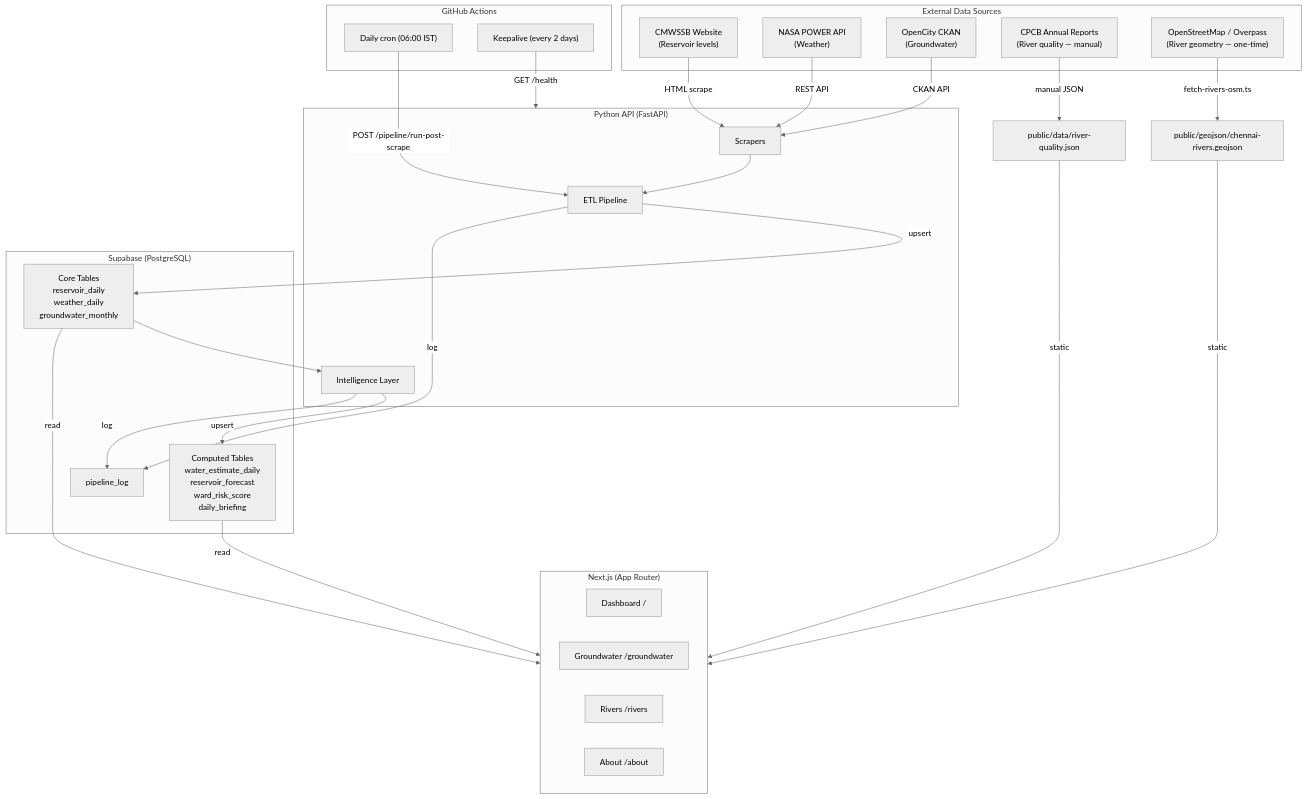
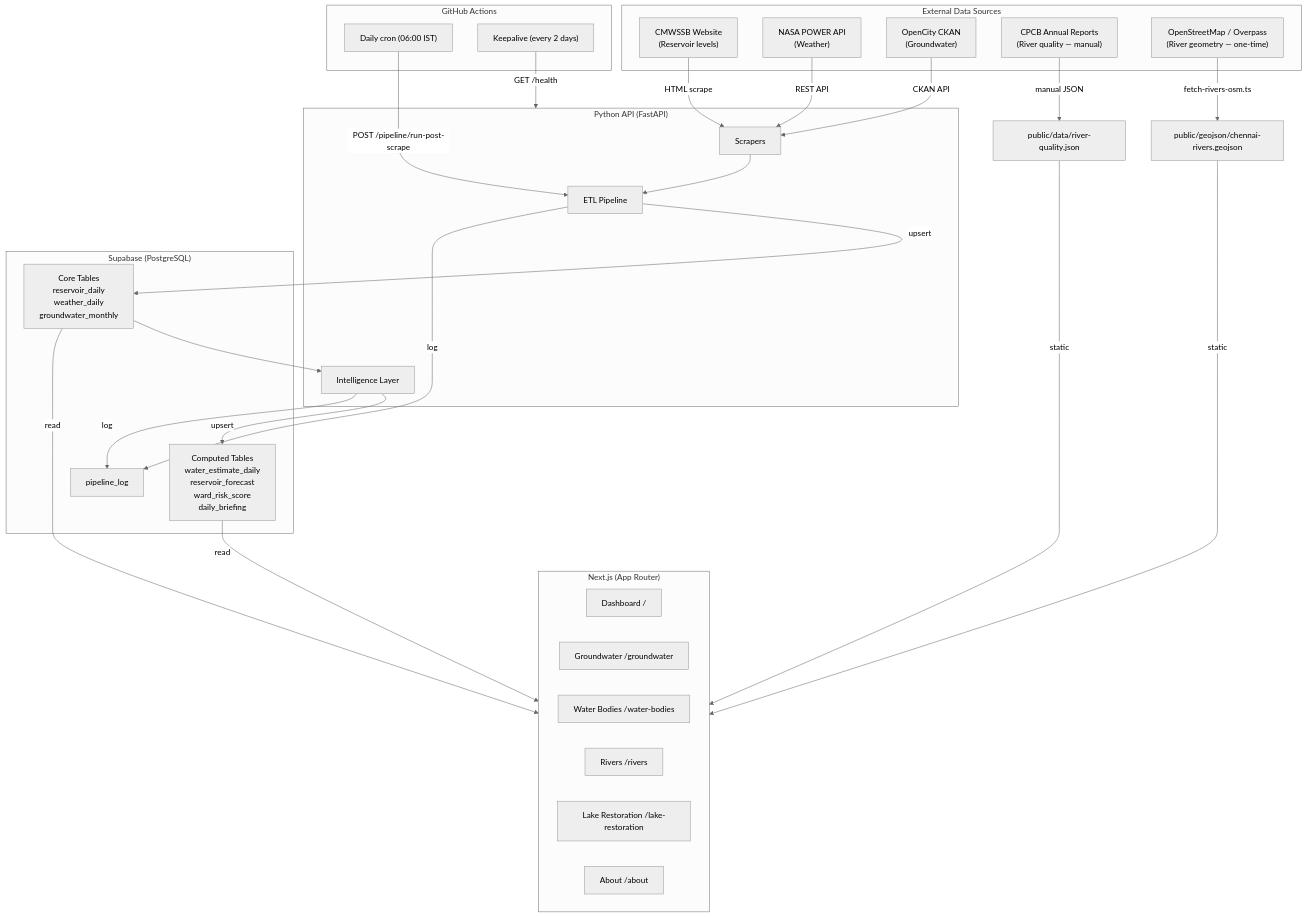
The first of 5 diagrams in ARCHITECTURE.md (SundareshPrasanna/neer-vazhvu), drawn with Mermaid (neutral theme) before and after one commit. The commit also changed other lines of this file and 36 other files, not shown here.

First line of the commit message:
feat: merge water bodies and restoration into unified map view

````diff
--- a/ARCHITECTURE.md
+++ b/ARCHITECTURE.md
@@ -7,56 +7,58 @@
 ```mermaid
 graph TB
     subgraph External Data Sources
         CMWSSB["CMWSSB Website<br/>(Reservoir levels)"]
         NASA["NASA POWER API<br/>(Weather)"]
         OC["OpenCity CKAN<br/>(Groundwater)"]
         CPCB["CPCB Annual Reports<br/>(River quality — manual)"]
         OSM["OpenStreetMap / Overpass<br/>(River geometry — one-time)"]
     end
 
     subgraph Backend ["Python API (FastAPI)"]
         Scrapers["Scrapers"]
         ETL["ETL Pipeline"]
         Intel["Intelligence Layer"]
     end
 
     subgraph Database ["Supabase (PostgreSQL)"]
         Core["Core Tables<br/>reservoir_daily<br/>weather_daily<br/>groundwater_monthly"]
         Computed["Computed Tables<br/>water_estimate_daily<br/>reservoir_forecast<br/>ward_risk_score<br/>daily_briefing"]
         Log["pipeline_log"]
     end
 
     subgraph Frontend ["Next.js (App Router)"]
         Dashboard["Dashboard /"]
         GW["Groundwater /groundwater"]
+        WB["Water Bodies /water-bodies"]
         Rivers["Rivers /rivers"]
+        LR["Lake Restoration /lake-restoration"]
         About["About /about"]
     end
 
     subgraph CI ["GitHub Actions"]
         Cron["Daily cron (06:00 IST)"]
         KA["Keepalive (every 2 days)"]
     end
 
     CMWSSB -->|HTML scrape| Scrapers
     NASA -->|REST API| Scrapers
     OC -->|CKAN API| Scrapers
     CPCB -->|manual JSON| StaticFiles["public/data/river-quality.json"]
     OSM -->|fetch-rivers-osm.ts| StaticFiles2["public/geojson/chennai-rivers.geojson"]
 
     Scrapers --> ETL
     ETL -->|upsert| Core
     Core --> Intel
     Intel -->|upsert| Computed
 
     ETL -->|log| Log
     Intel -->|log| Log
 
     Core -->|read| Frontend
     Computed -->|read| Frontend
     StaticFiles -->|static| Frontend
     StaticFiles2 -->|static| Frontend
 
     Cron -->|POST /pipeline/run-post-scrape| ETL
     KA -->|GET /health| Backend
 ```
````
